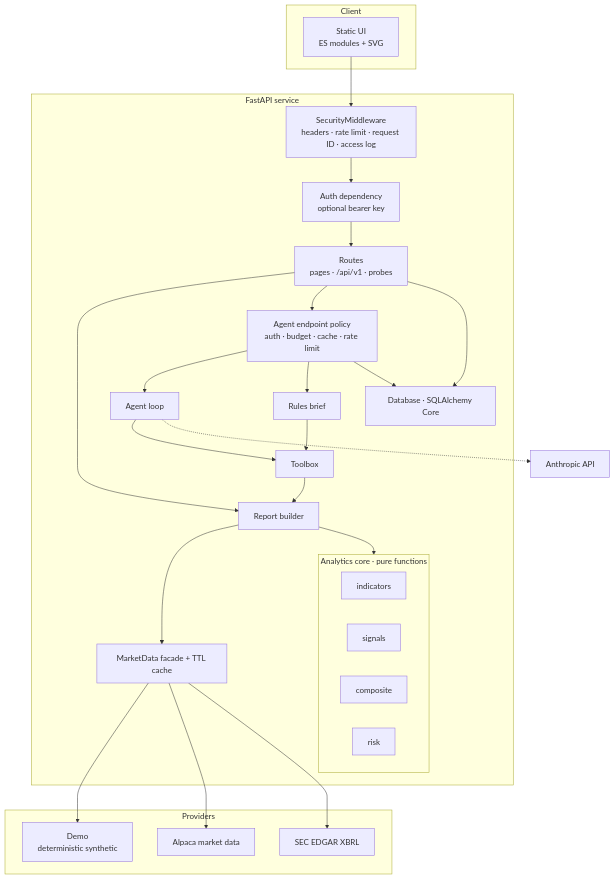
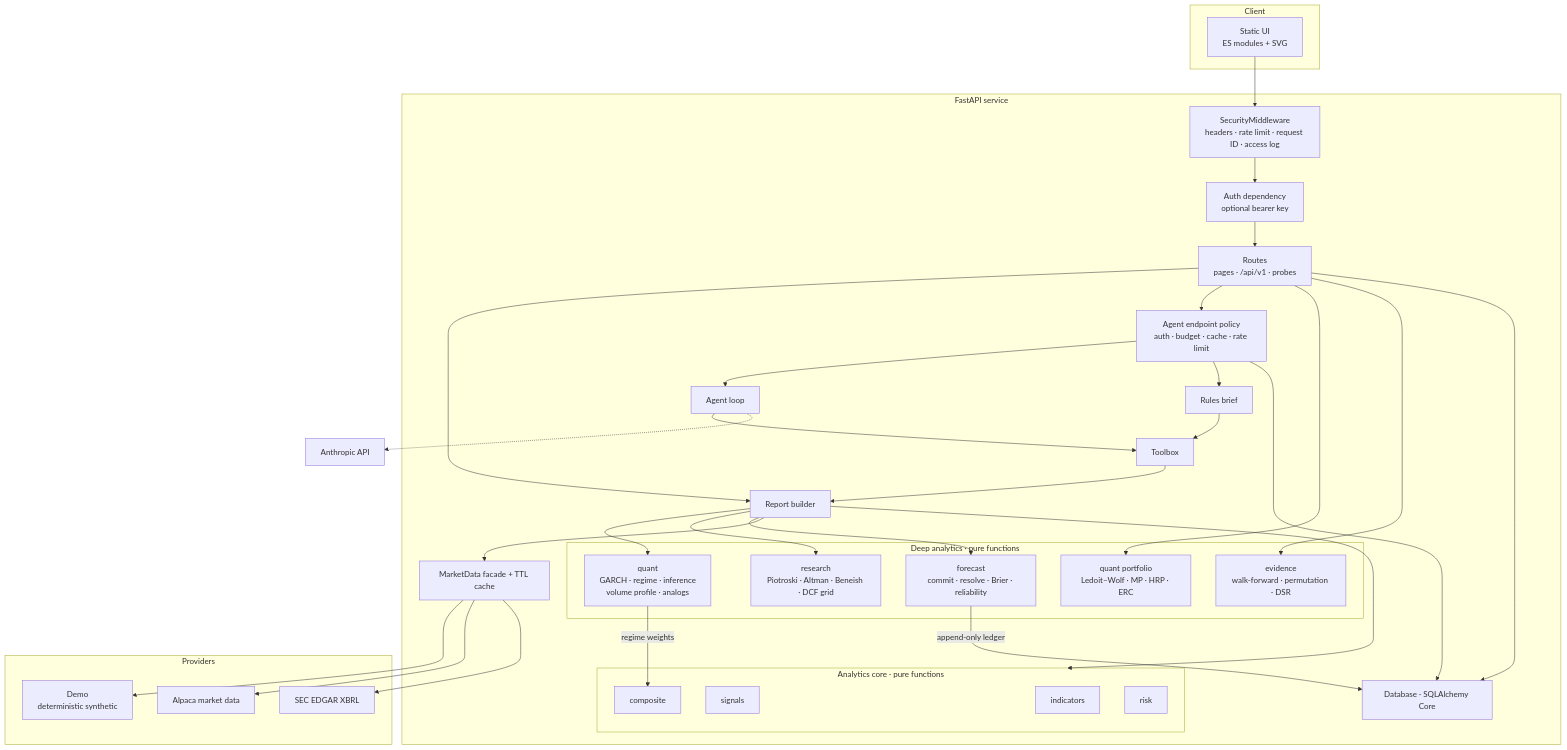
One commit to anand4286/stocklens changed the first of 2 diagrams in docs/ARCHITECTURE.md. Above: the diagram before and after it, drawn with Mermaid. The commit also changed other lines of this file and 96 other files, not shown here.

First line of the commit message:
Deep analytics, a public track record, and enterprise security hardening

````diff
--- a/docs/ARCHITECTURE.md
+++ b/docs/ARCHITECTURE.md
@@ -9,44 +9,58 @@
 ```mermaid
 flowchart TB
     subgraph Client
         UI[Static UI<br/>ES modules + SVG]
     end
 
     subgraph Service[FastAPI service]
         SEC[SecurityMiddleware<br/>headers · rate limit · request ID · access log]
         AUTH[Auth dependency<br/>optional bearer key]
         ROUTES[Routes<br/>pages · /api/v1 · probes]
         AGENTEP[Agent endpoint policy<br/>auth · budget · cache · rate limit]
         LOOP[Agent loop]
         TOOLS[Toolbox]
         RULES[Rules brief]
         REPORT[Report builder]
         subgraph Core[Analytics core · pure functions]
             IND[indicators]
             SIG[signals]
             BLEND[composite]
             RISK[risk]
         end
+        subgraph Deep[Deep analytics · pure functions]
+            QUANT[quant<br/>GARCH · regime · inference<br/>volume profile · analogs]
+            PORT[quant portfolio<br/>Ledoit–Wolf · MP · HRP · ERC]
+            RES[research<br/>Piotroski · Altman · Beneish · DCF grid]
+            FC[forecast<br/>commit · resolve · Brier · reliability]
+            EV[evidence<br/>walk-forward · permutation · DSR]
+        end
         FACADE[MarketData facade + TTL cache]
         DB[Database · SQLAlchemy Core]
     end
 
     subgraph Providers
         DEMO[Demo<br/>deterministic synthetic]
         ALP[Alpaca market data]
         EDGAR[SEC EDGAR XBRL]
     end
 
     UI --> SEC --> AUTH --> ROUTES
     ROUTES --> REPORT
     ROUTES --> AGENTEP --> LOOP --> TOOLS --> REPORT
     AGENTEP --> RULES --> TOOLS
     REPORT --> Core
+    REPORT --> QUANT
+    REPORT --> RES
+    QUANT -->|regime weights| BLEND
+    ROUTES --> PORT
+    ROUTES --> EV
+    REPORT --> FC
+    FC -->|append-only ledger| DB
     REPORT --> FACADE
     FACADE --> DEMO
     FACADE --> ALP
     FACADE --> EDGAR
     ROUTES --> DB
     AGENTEP --> DB
     LOOP -.-> CLAUDE[Anthropic API]
 ```
````
